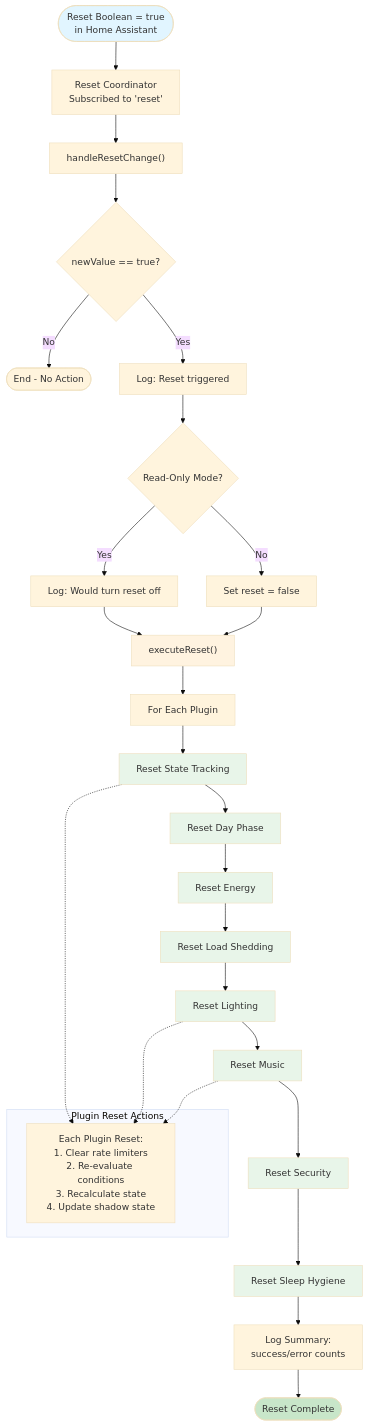
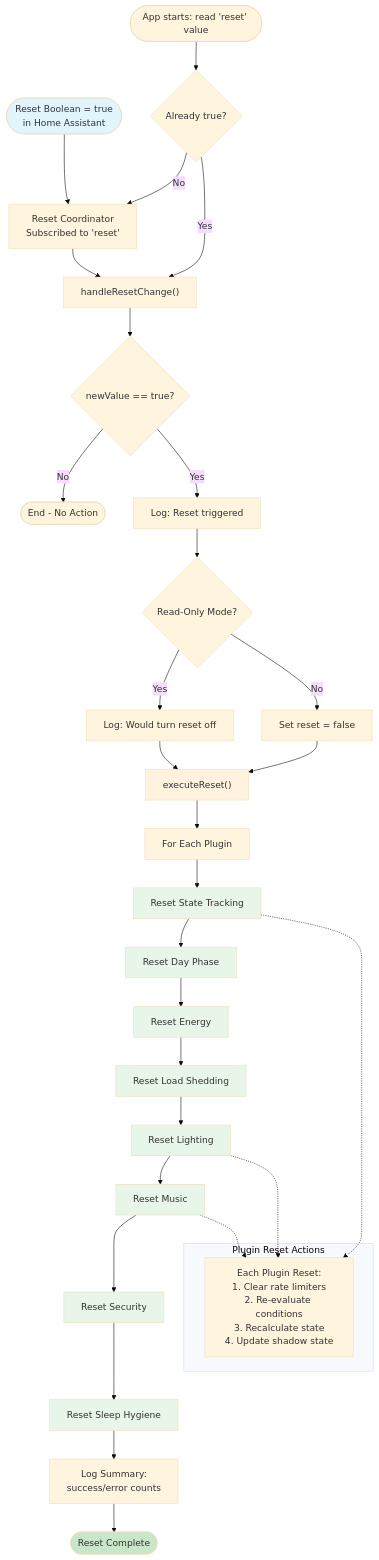
One commit to NickBorgers/home-automation changed the tenth of 14 diagrams in docs/human/VISUAL_ARCHITECTURE.md. Above: the diagram before and after it, drawn with Mermaid (base theme). The commit also changed other lines of this file and 1 other file, not shown here.

Commit message:
docs: update Reset Coordinator diagram to show startup path
After this PR the coordinator reads 'reset' at boot and fires
handleResetChange() directly when it finds the boolean already on.
The previous diagram only showed the live-subscription path.

- VISUAL_ARCHITECTURE.md: Add StartupCheck → AlreadyOn branch merging
  into HandleChange; broaden description sentence.
- MUSIC_PLAYBACK.md: Rename subgraph label "State Change Triggers" →
  "Triggers" because musicReset can now fire from startup, not only
  from a live change event.

````diff
--- a/docs/human/VISUAL_ARCHITECTURE.md
+++ b/docs/human/VISUAL_ARCHITECTURE.md
@@ -657,51 +657,54 @@
 ```mermaid
 flowchart TD
     Start([Reset Boolean = true<br/>in Home Assistant]) --> Subscribe[Reset Coordinator<br/>Subscribed to 'reset']
+    StartupCheck([App starts: read 'reset' value]) --> AlreadyOn{Already true?}
+    AlreadyOn -->|No| Subscribe
+    AlreadyOn -->|Yes| HandleChange
 
     Subscribe --> HandleChange["handleResetChange()"]
     HandleChange --> CheckValue{newValue == true?}
 
     CheckValue -->|No| End1([End - No Action])
     CheckValue -->|Yes| LogStart["Log: Reset triggered"]
 
     LogStart --> TurnOff{Read-Only Mode?}
     TurnOff -->|Yes| LogOnly1["Log: Would turn reset off"]
     TurnOff -->|No| SetFalse["Set reset = false"]
 
     LogOnly1 --> Execute
     SetFalse --> Execute
 
     Execute["executeReset()"] --> ForEach[For Each Plugin]
 
     ForEach --> Plugin1[Reset State Tracking]
     Plugin1 --> Plugin2[Reset Day Phase]
     Plugin2 --> Plugin3[Reset Energy]
     Plugin3 --> Plugin4[Reset Load Shedding]
     Plugin4 --> Plugin5[Reset Lighting]
     Plugin5 --> Plugin6[Reset Music]
     Plugin6 --> Plugin7[Reset Security]
     Plugin7 --> Plugin8[Reset Sleep Hygiene]
 
     Plugin8 --> Summary[Log Summary:<br/>success/error counts]
     Summary --> End2([Reset Complete])
 
     subgraph "Plugin Reset Actions"
         ResetAction[Each Plugin Reset:<br/>1. Clear rate limiters<br/>2. Re-evaluate conditions<br/>3. Recalculate state<br/>4. Update shadow state]
     end
 
     Plugin1 -.-> ResetAction
     Plugin5 -.-> ResetAction
     Plugin6 -.-> ResetAction
 
     style Start fill:#e1f5ff
     style Execute fill:#fff3e0
     style Plugin1 fill:#e8f5e9
     style Plugin2 fill:#e8f5e9
     style Plugin3 fill:#e8f5e9
     style Plugin4 fill:#e8f5e9
     style Plugin5 fill:#e8f5e9
     style Plugin6 fill:#e8f5e9
     style Plugin7 fill:#e8f5e9
     style Plugin8 fill:#e8f5e9
     style End2 fill:#c8e6c9
 ```
````
